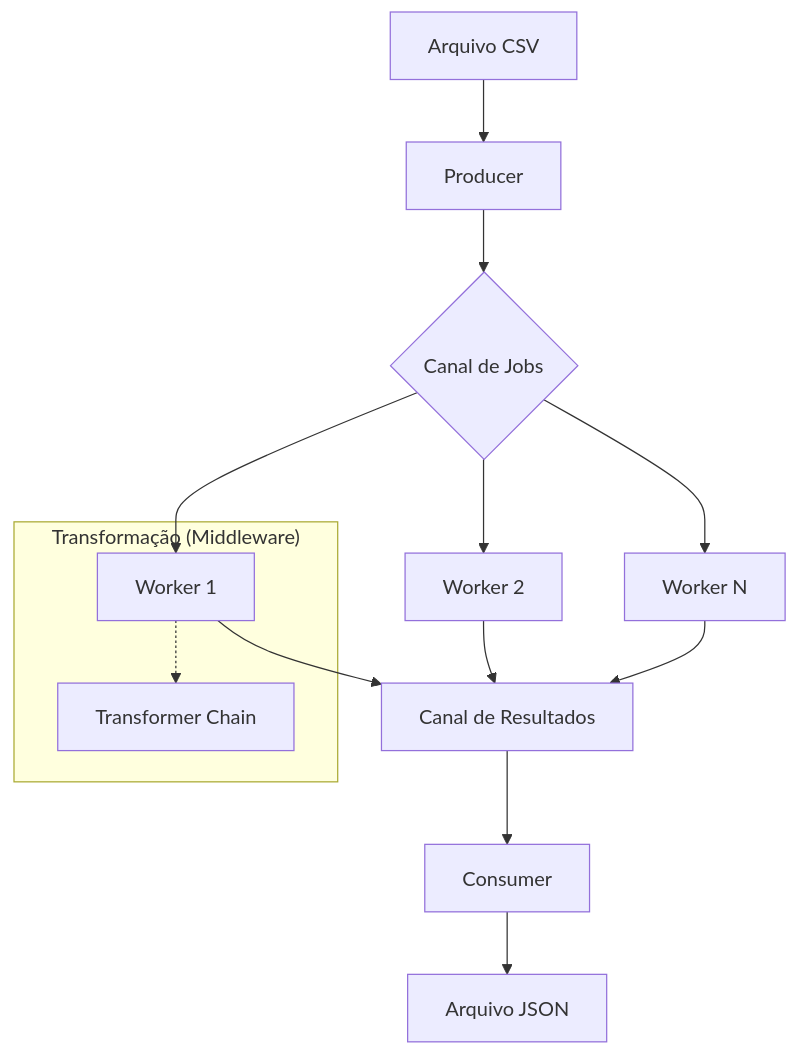
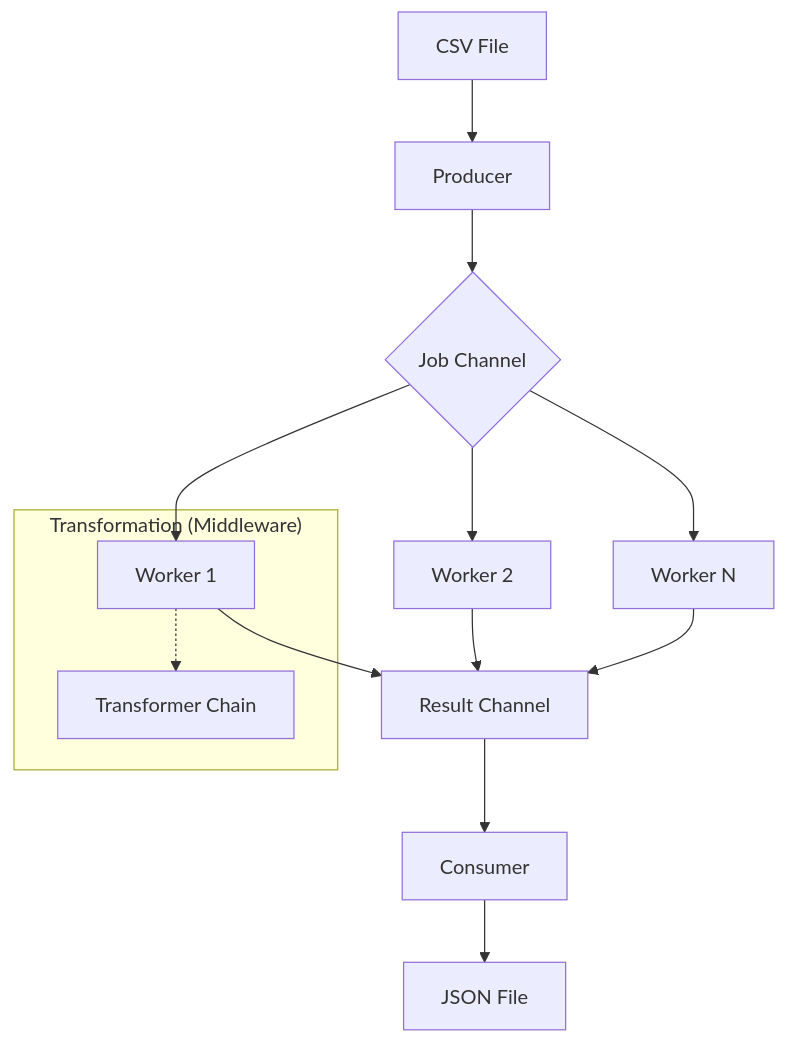
The diagram in docs/architecture.md (ESousa97/go-file-processor), drawn with Mermaid before and after one commit. The commit also changed other lines of this file and 7 other files, not shown here.

````diff
--- a/docs/architecture.md
+++ b/docs/architecture.md
@@ -9,17 +9,17 @@
 ```mermaid
 graph TD
-    A[Arquivo CSV] --> B[Producer]
-    B --> C{Canal de Jobs}
+    A[CSV File] --> B[Producer]
+    B --> C{Job Channel}
     C --> D1[Worker 1]
     C --> D2[Worker 2]
     C --> DN[Worker N]
-    D1 --> E[Canal de Resultados]
+    D1 --> E[Result Channel]
     D2 --> E
     DN --> E
     E --> F[Consumer]
-    F --> G[Arquivo JSON]
+    F --> G[JSON File]
     
-    subgraph "Transformação (Middleware)"
+    subgraph "Transformation (Middleware)"
         D1 -.-> T[Transformer Chain]
     end
 ```
````
